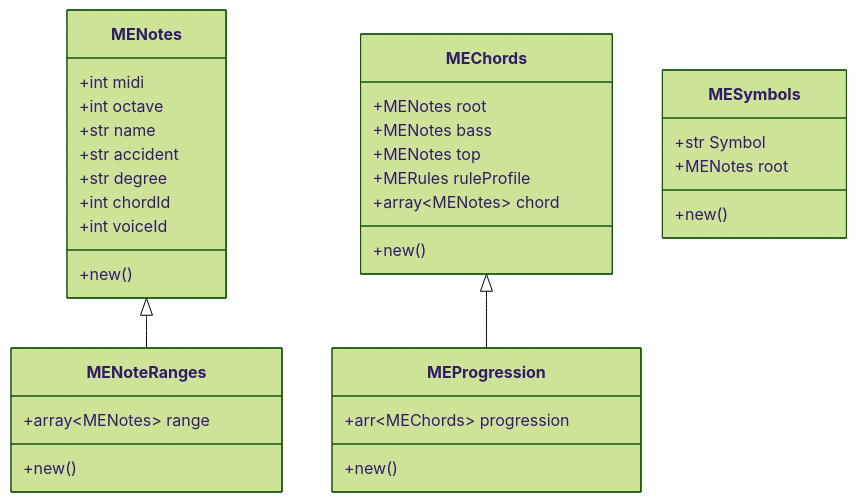
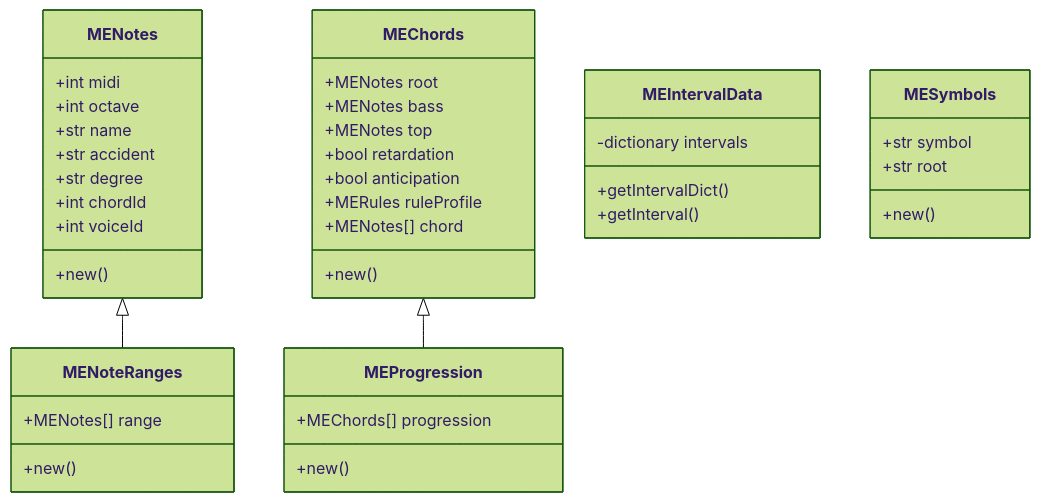
Before and after one commit to iamsiriil/sc_musicengine: the diagram in README.md, drawn with Mermaid (forest theme).

````diff
--- a/README.md
+++ b/README.md
@@ -1,40 +1,48 @@
 ```mermaid
 classDiagram
     MENotes <|-- MENoteRanges
     MEChords <|-- MEProgression
     class MENotes {
         +int midi
         +int octave
         +str name
         +str accident
         +str degree
         +int chordId
         +int voiceId
         +new()
     }
 
     class MENoteRanges {
-        +array~MENotes~ range
+        +MENotes[] range
         +new()
     }
 
+    class MEIntervalData {
+        -dictionary intervals
+        +getIntervalDict()
+        +getInterval()
+    }
+
     class MESymbols {
-        +str Symbol
-        +MENotes root
+        +str symbol
+        +str root
         +new()
     }
 
     class MEChords {
         +MENotes root
         +MENotes bass
         +MENotes top
+        +bool retardation
+        +bool anticipation
         +MERules ruleProfile
-        +array~MENotes~ chord
+        +MENotes[] chord
         +new()
     }
 
     class MEProgression {
-        +arr~MEChords~ progression
+        +MEChords[] progression
         +new()
     }
 ```
````
